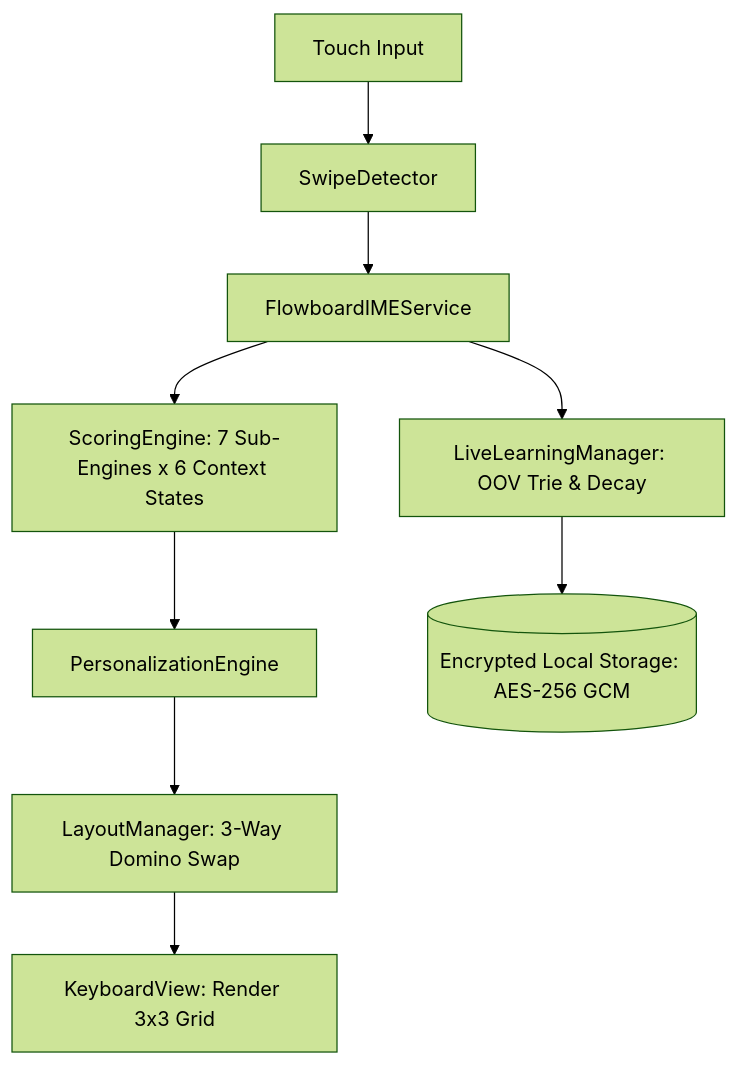
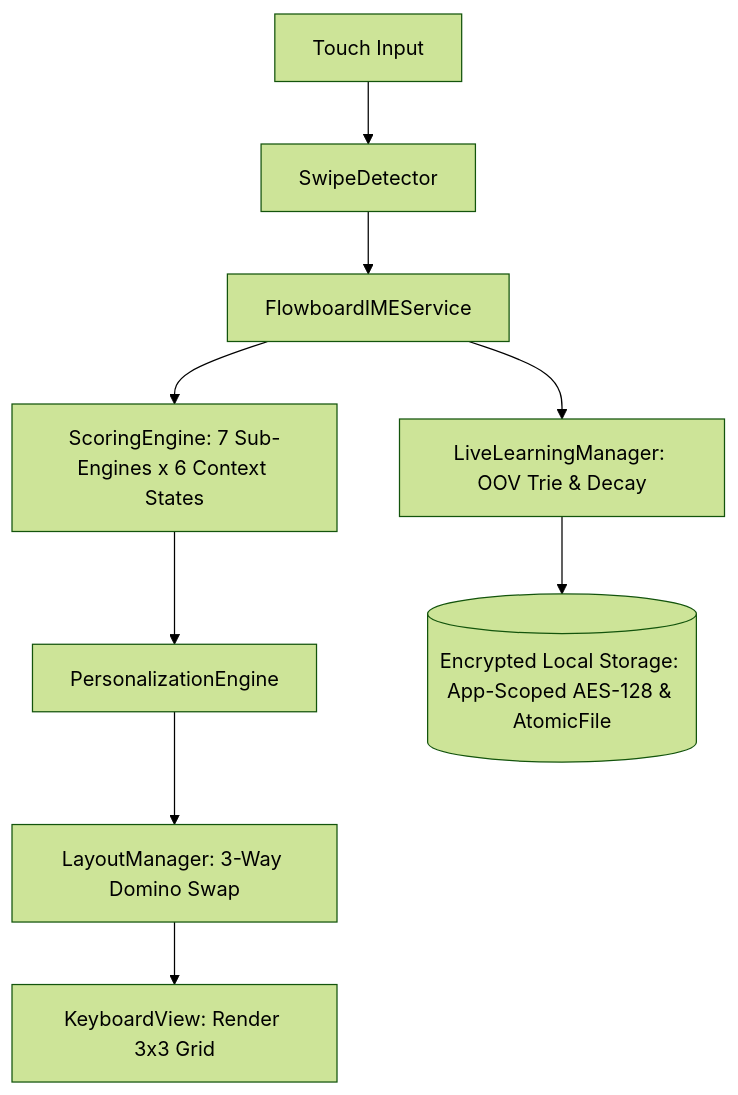
Before and after one commit to LaZZy-Bear/flowboard: the diagram in README.md, drawn with Mermaid (forest theme). The commit also changed other lines of this file and 11 other files, not shown here.

Commit message:
fix(personalization): prevent data loss on force stop using AtomicFile & AES

````diff
--- a/README.md
+++ b/README.md
@@ -54,11 +54,11 @@
 ```mermaid
 graph TD
     A[Touch Input] --> B[SwipeDetector]
     B --> C[FlowboardIMEService]
     C --> D[ScoringEngine: 7 Sub-Engines x 6 Context States]
     D --> E[PersonalizationEngine]
     E --> F[LayoutManager: 3-Way Domino Swap]
     F --> G[KeyboardView: Render 3x3 Grid]
     C --> H[LiveLearningManager: OOV Trie & Decay]
-    H --> I[(Encrypted Local Storage: AES-256 GCM)]
+    H --> I[(Encrypted Local Storage: App-Scoped AES-128 & AtomicFile)]
 ```
````
